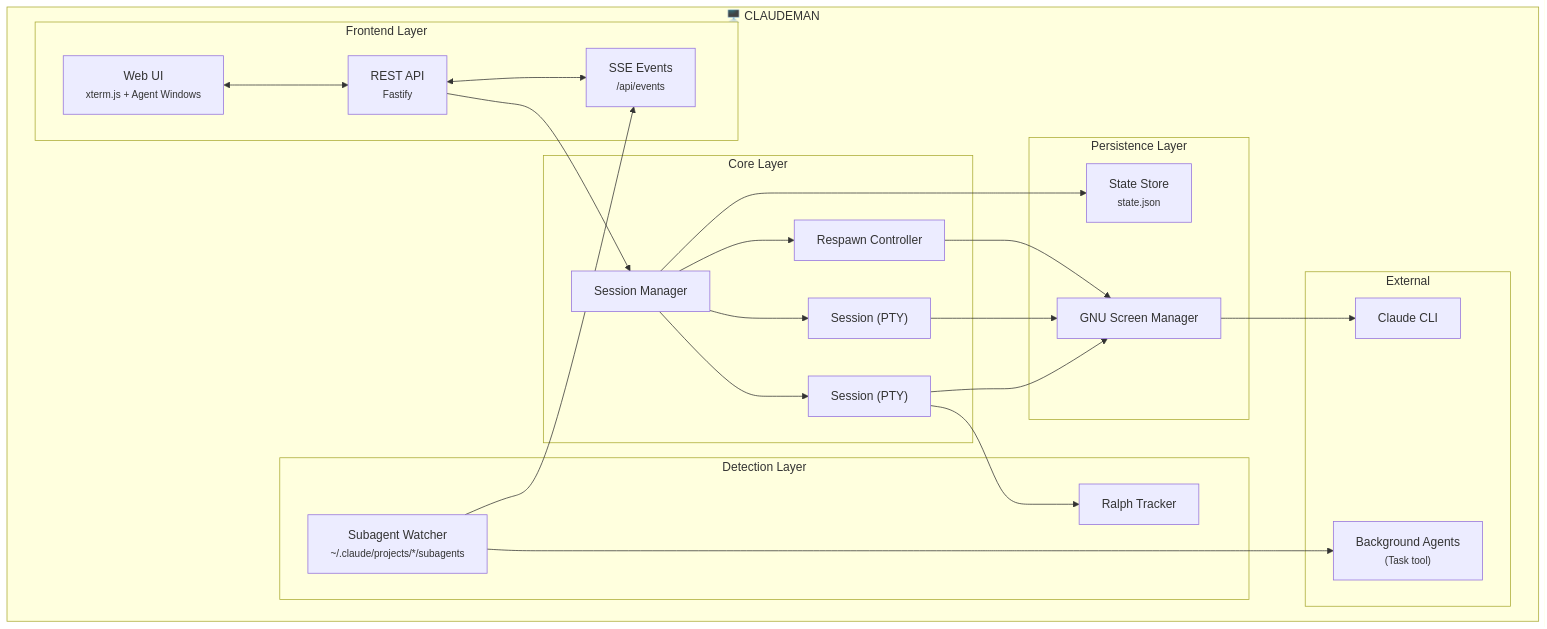
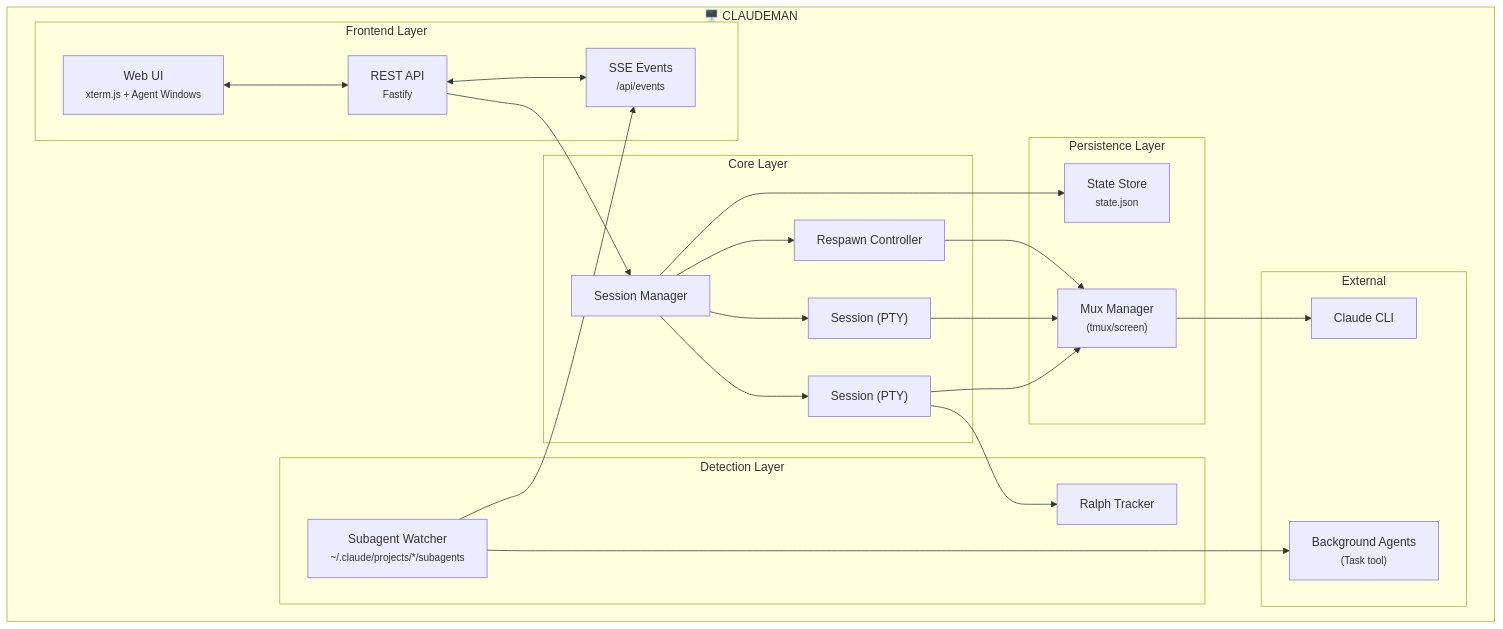
One commit to SGudbrandsson/Codeman changed the diagram in README.md. Above: the diagram before and after it, drawn with Mermaid. The commit also changed other lines of this file and 21 other files, not shown here.

````diff
--- a/README.md
+++ b/README.md
@@ -498,47 +498,47 @@
 ```mermaid
 flowchart TB
     subgraph Claudeman["🖥️ CLAUDEMAN"]
         subgraph Frontend["Frontend Layer"]
             UI["Web UI<br/><small>xterm.js + Agent Windows</small>"]
             API["REST API<br/><small>Fastify</small>"]
             SSE["SSE Events<br/><small>/api/events</small>"]
         end
 
         subgraph Core["Core Layer"]
             SM["Session Manager"]
             S1["Session (PTY)"]
             S2["Session (PTY)"]
             RC["Respawn Controller"]
         end
 
         subgraph Detection["Detection Layer"]
             RT["Ralph Tracker"]
             SW["Subagent Watcher<br/><small>~/.claude/projects/*/subagents</small>"]
         end
 
         subgraph Persistence["Persistence Layer"]
-            SCR["GNU Screen Manager"]
+            SCR["Mux Manager<br/><small>(tmux/screen)</small>"]
             SS["State Store<br/><small>state.json</small>"]
         end
 
         subgraph External["External"]
             CLI["Claude CLI"]
             BG["Background Agents<br/><small>(Task tool)</small>"]
         end
     end
 
     UI <--> API
     API <--> SSE
     API --> SM
     SM --> S1
     SM --> S2
     SM --> RC
     SM --> SS
     S1 --> RT
     S1 --> SCR
     S2 --> SCR
     RC --> SCR
     SCR --> CLI
     SW --> BG
     SW --> SSE
 ```
````
